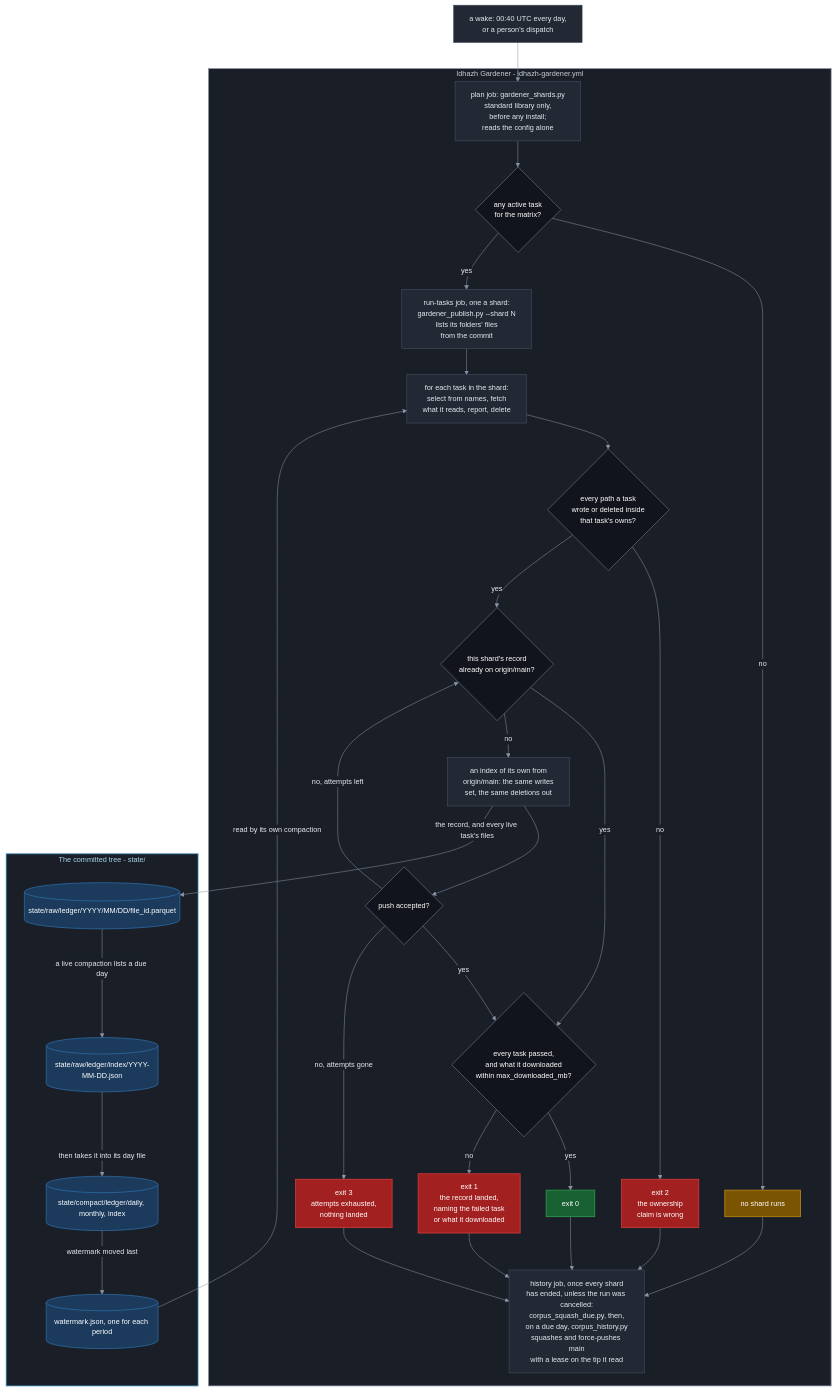
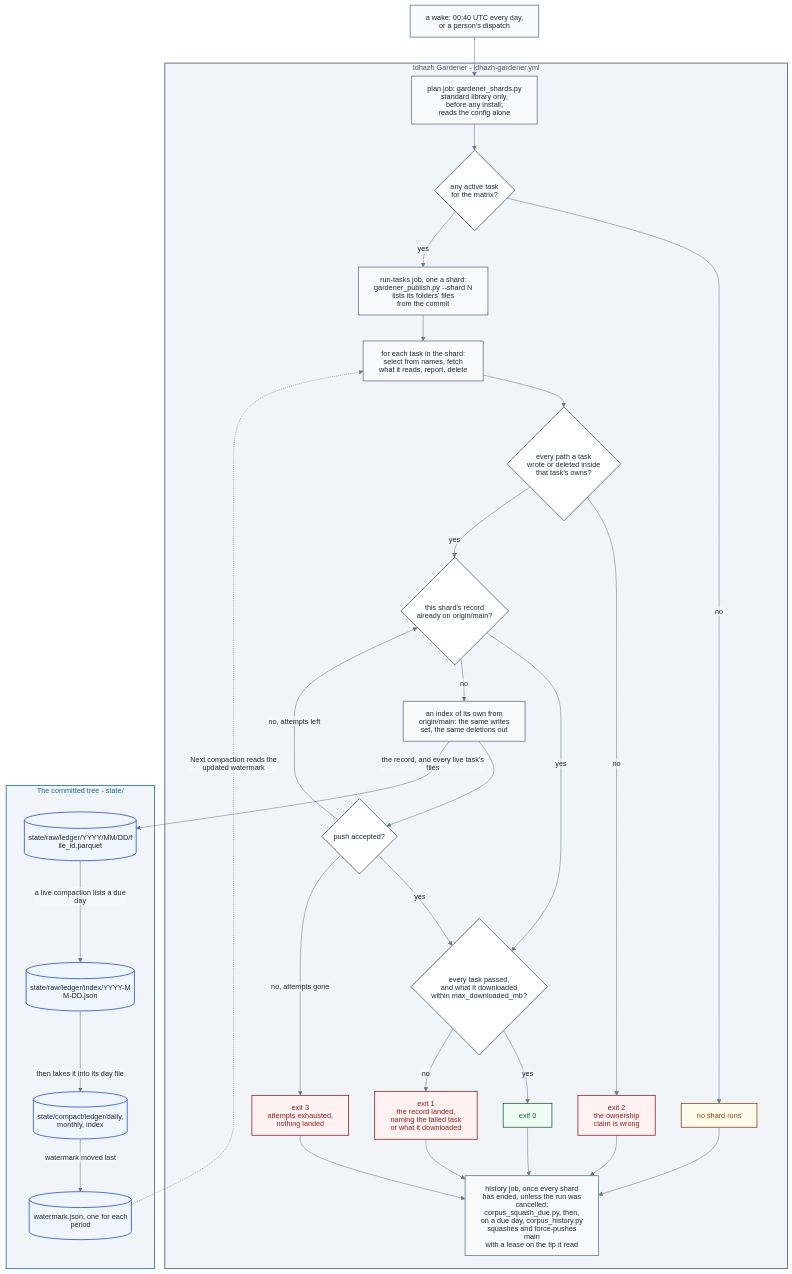
Before and after one commit to miztiik/yen-idhazh: the first of 2 diagrams in docs/architecture/publishing/idhazh-gardener.md, drawn with Mermaid. The commit also changed other lines of this file and 6 other files, not shown here.

First line of the commit message:
docs: make Mermaid diagrams readable across themes and print

````diff
--- a/docs/architecture/publishing/idhazh-gardener.md
+++ b/docs/architecture/publishing/idhazh-gardener.md
@@ -110,75 +110,75 @@
 ```mermaid
-%%{init: {"theme": "base", "themeVariables": {"background": "#0f1117", "primaryColor": "#222834", "primaryTextColor": "#e6e9f0", "primaryBorderColor": "#4b5468", "lineColor": "#8b93a7", "textColor": "#e6e9f0", "clusterBkg": "#1a1e27", "clusterBorder": "#3a4254", "titleColor": "#e6e9f0", "edgeLabelBackground": "#1a1e27", "fontSize": "14px"}}}%%
+%%{init: {"theme": "base", "htmlLabels": false, "themeVariables": {"background": "#ffffff", "primaryColor": "#f8fafc", "primaryTextColor": "#1f2937", "primaryBorderColor": "#64748b", "lineColor": "#64748b", "textColor": "#1f2937", "clusterBkg": "#f1f5f9", "clusterBorder": "#64748b", "titleColor": "#1f2937", "edgeLabelBackground": "#f8fafc", "fontSize": "14px"}}}%%
 flowchart TB
   WAKE["a wake: 00:40 UTC every day,<br/>or a person's dispatch"]
 
   subgraph OPS["Idhazh Gardener - idhazh-gardener.yml"]
     PLAN["plan job: gardener_shards.py<br/>standard library only,<br/>before any install;<br/>reads the config alone"]
     ANY{"any active task<br/>for the matrix?"}
     IDLE["no shard runs"]
     TEND["run-tasks job, one a shard:<br/>gardener_publish.py --shard N<br/>lists its folders' files<br/>from the commit"]
     RUN["for each task in the shard:<br/>select from names, fetch<br/>what it reads, report, delete"]
     OWNED{"every path a task<br/>wrote or deleted inside<br/>that task's owns?"}
     OUTSIDE["exit 2<br/>the ownership<br/>claim is wrong"]
     LANDED{"this shard's record<br/>already on origin/main?"}
     REAPPLY["an index of its own from<br/>origin/main: the same writes<br/>set, the same deletions out"]
     PUSHED{"push accepted?"}
     CLEAN{"every task passed,<br/>and what it downloaded<br/>within max_downloaded_mb?"}
     OK["exit 0"]
     ALARM["exit 1<br/>the record landed,<br/>naming the failed task<br/>or what it downloaded"]
     LOST["exit 3<br/>attempts exhausted,<br/>nothing landed"]
     HIST["history job, once every shard<br/>has ended, unless the run was cancelled:<br/>corpus_squash_due.py, then,<br/>on a due day, corpus_history.py<br/>squashes and force-pushes main<br/>with a lease on the tip it read"]
   end
 
   subgraph TREE["The committed tree - state/"]
     RAW[("state/raw/ledger/YYYY/MM/DD/file_id.parquet")]
     RIDX[("state/raw/ledger/index/YYYY-MM-DD.json")]
     COMPACT[("state/compact/ledger/daily, monthly, index")]
     WM[("watermark.json, one for each period")]
   end
 
   WAKE --> PLAN
   PLAN --> ANY
   ANY -->|"no"| IDLE
   ANY -->|"yes"| TEND
   TEND --> RUN
   RUN --> OWNED
   OWNED -->|"no"| OUTSIDE
   OWNED -->|"yes"| LANDED
   LANDED -->|"yes"| CLEAN
   LANDED -->|"no"| REAPPLY
   REAPPLY --> PUSHED
   PUSHED -->|"yes"| CLEAN
   PUSHED -->|"no, attempts left"| LANDED
   PUSHED -->|"no, attempts gone"| LOST
   CLEAN -->|"yes"| OK
   CLEAN -->|"no"| ALARM
   OK --> HIST
   ALARM --> HIST
   OUTSIDE --> HIST
   LOST --> HIST
   IDLE --> HIST
   REAPPLY -->|"the record, and every live task's files"| RAW
   RAW -->|"a live compaction lists a due day"| RIDX
   RIDX -->|"then takes it into its day file"| COMPACT
   COMPACT -->|"watermark moved last"| WM
-  WM -->|"read by its own compaction"| RUN
+  WM -.->|"Next compaction reads the updated watermark"| RUN
 
-  classDef stage fill:#222834,stroke:#4b5468,stroke-width:1px,color:#e6e9f0;
-  classDef decision fill:#11141c,stroke:#5b6477,stroke-width:1.5px,color:#ffffff;
-  classDef yes fill:#176032,stroke:#2ea04f,stroke-width:1.5px,color:#ffffff;
-  classDef no fill:#a32020,stroke:#d23b3b,stroke-width:1.5px,color:#ffffff;
-  classDef warn fill:#7a5400,stroke:#c08a12,stroke-width:1.5px,color:#ffffff;
-  classDef ledger fill:#1b3a5c,stroke:#2d6ca3,stroke-width:1.5px,color:#ffffff;
-  classDef sysOps fill:#1a1e27,stroke:#8b93a7,stroke-width:1.5px,color:#c8cdd8;
-  classDef sysPublish fill:#1a1e27,stroke:#3f8fb8,stroke-width:1.5px,color:#a5d6ea;
+  classDef stage fill:#f8fafc,stroke:#64748b,stroke-width:1.5px,color:#1f2937;
+  classDef decision fill:#ffffff,stroke:#475569,stroke-width:1.5px,color:#1f2937;
+  classDef yes fill:#f0fdf4,stroke:#166534,stroke-width:1.5px,color:#166534;
+  classDef no fill:#fef2f2,stroke:#991b1b,stroke-width:1.5px,color:#991b1b;
+  classDef warn fill:#fffbeb,stroke:#92400e,stroke-width:1.5px,color:#92400e;
+  classDef ledger fill:#eff6ff,stroke:#1d4ed8,stroke-width:1.5px,color:#1f2937;
+  classDef sysOps fill:#f1f5f9,stroke:#475569,stroke-width:1.5px,color:#475569;
+  classDef sysPublish fill:#f1f5f9,stroke:#0e7490,stroke-width:1.5px,color:#0e7490;
 
   class WAKE,PLAN,TEND,RUN,REAPPLY,HIST stage;
   class ANY,OWNED,LANDED,PUSHED,CLEAN decision;
   class OK yes;
   class OUTSIDE,LOST,ALARM no;
   class IDLE warn;
   class RAW,RIDX,COMPACT,WM ledger;
   class OPS sysOps;
   class TREE sysPublish;
 ```
````
